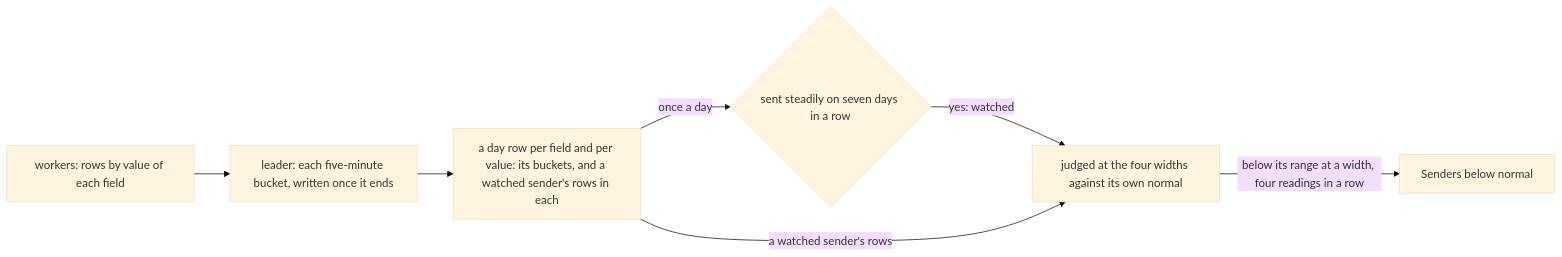
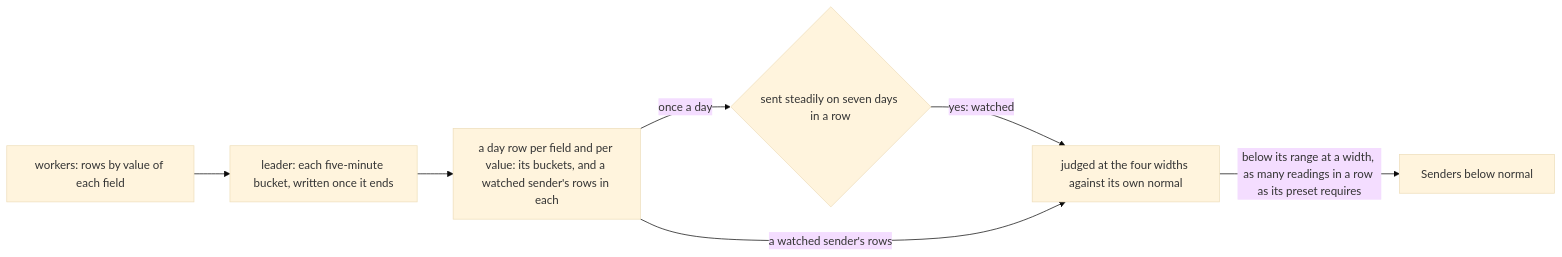
The third of 5 diagrams in docs/architecture/control-plane.md (smeltr-sh/smeltr), drawn with Mermaid (base theme) before and after one commit. The commit also changed other lines of this file and 13 other files, not shown here.

First line of the commit message:
Judge each source, and its senders, at a preset an editor picks

````diff
--- a/docs/architecture/control-plane.md
+++ b/docs/architecture/control-plane.md
@@ -389,9 +402,9 @@
 ```mermaid
 flowchart LR
   W[workers: rows by value of each field] --> B[leader: each five-minute bucket, written once it ends]
   B --> D[a day row per field and per value: its buckets, and a watched sender's rows in each]
   D -- once a day --> P{sent steadily on seven days in a row}
   P -- yes: watched --> J[judged at the four widths against its own normal]
   D -- a watched sender's rows --> J
-  J -- below its range at a width, four readings in a row --> X[Senders below normal]
+  J -- below its range at a width, as many readings in a row as its preset requires --> X[Senders below normal]
 ```
````
